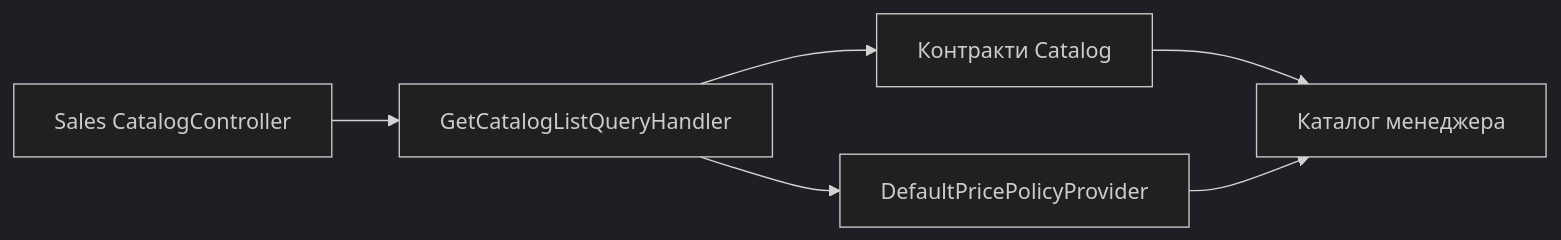
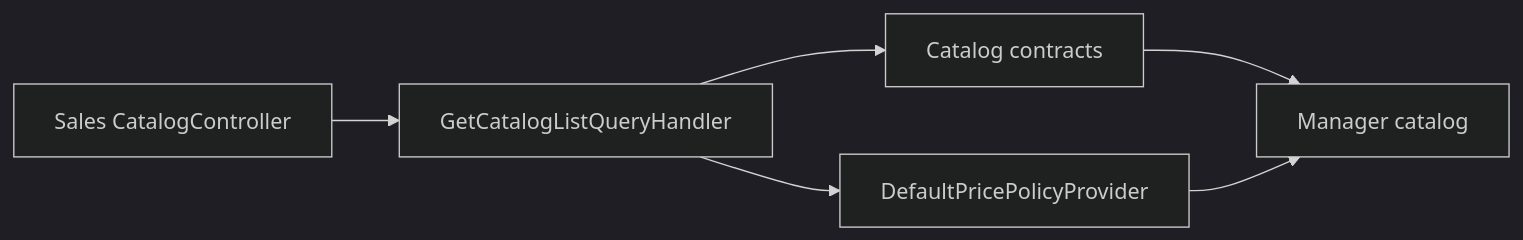
The diagram in docs/sdd/features/sales/manager-catalog.md (Weretik/KedrStore), drawn with Mermaid (dark theme) before and after one commit. The commit also changed other lines of this file and 83 other files, not shown here.

Commit message:
docs(kedr): reconcile architecture and delivery guidance

````diff
--- a/docs/sdd/features/sales/manager-catalog.md
+++ b/docs/sdd/features/sales/manager-catalog.md
@@ -25,8 +25,8 @@
 ```mermaid
 flowchart LR
     A["Sales CatalogController"] --> B["GetCatalogListQueryHandler"]
-    B --> C["Контракти Catalog"]
+    B --> C["Catalog contracts"]
     B --> D["DefaultPricePolicyProvider"]
-    C --> E["Каталог менеджера"]
+    C --> E["Manager catalog"]
     D --> E
 ```
````
